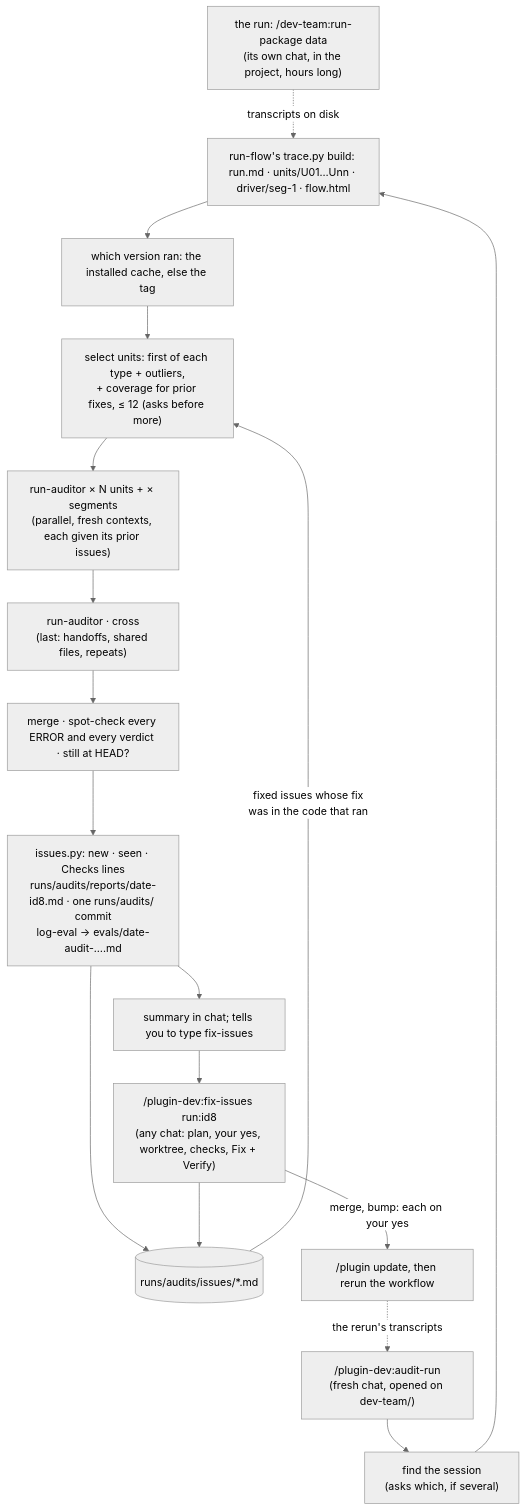
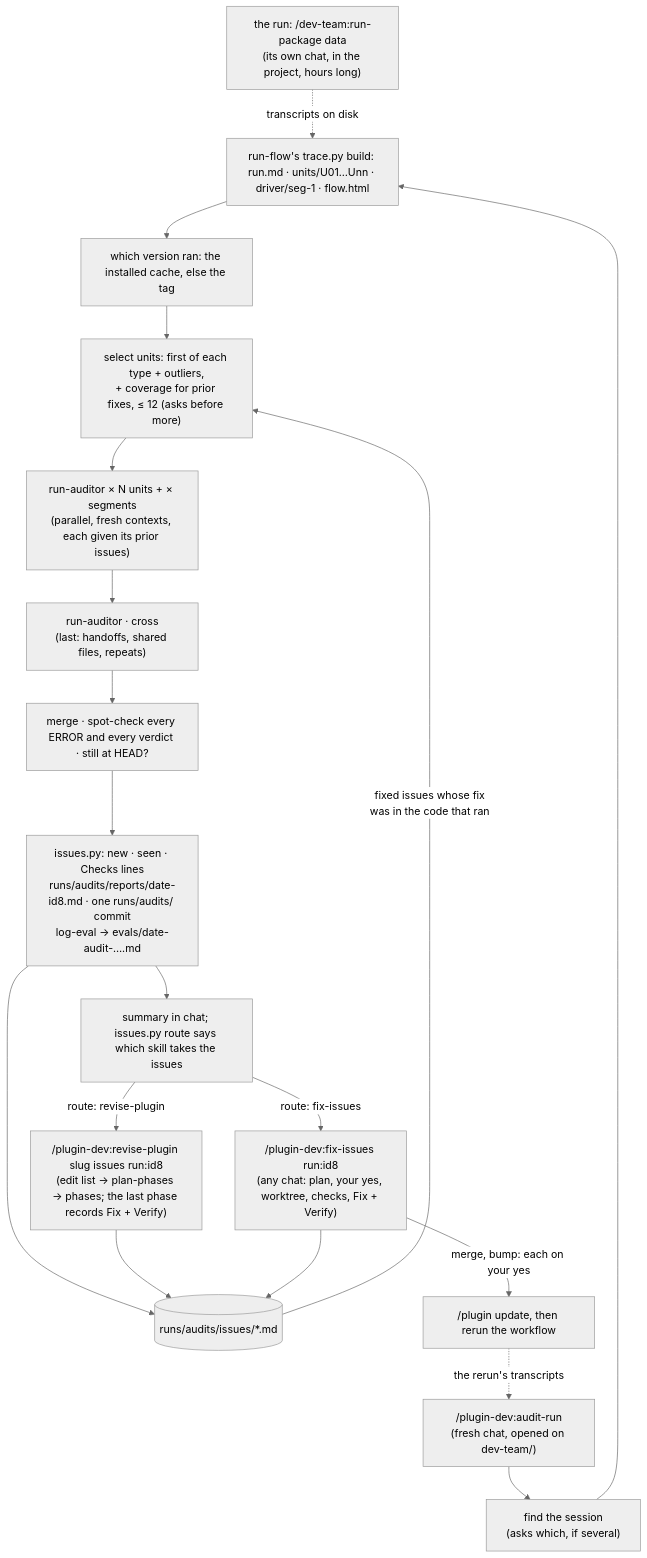
One commit to cott435/cott-plugins changed the diagram in plugin-dev/site/workflows/audit-a-run.md. Above: the diagram before and after it, drawn with Mermaid (neutral theme). The commit also changed other lines of this file and 33 other files, not shown here.

First line of the commit message:
plugin-dev: two routes to plan-phases — design-plugin by workflow, revise-plugin (was review-plugin) by agent and skill; issues.py route sends a large selection from fix-issues to revise-plugin

````diff
--- a/plugin-dev/site/workflows/audit-a-run.md
+++ b/plugin-dev/site/workflows/audit-a-run.md
@@ -17,19 +17,21 @@
 ```mermaid
 flowchart TD
   R["the run: /dev-team:run-package data<br/>(its own chat, in the project, hours long)"] -.->|transcripts on disk| T
   A["/plugin-dev:audit-run<br/>(fresh chat, opened on dev-team/)"] --> F["find the session<br/>(asks which, if several)"]
   F --> T["run-flow's trace.py build: run.md · units/U01…Unn · driver/seg-1 · flow.html"]
   T --> V["which version ran: the installed cache, else the tag"]
   V --> S["select units: first of each type + outliers,<br/>+ coverage for prior fixes, ≤ 12 (asks before more)"]
   ISS[("runs/audits/issues/*.md")] -->|"fixed issues whose fix<br/>was in the code that ran"| S
   S --> P["run-auditor × N units + × segments<br/>(parallel, fresh contexts, each given its prior issues)"]
   P --> X["run-auditor · cross<br/>(last: handoffs, shared files, repeats)"]
   X --> M["merge · spot-check every ERROR and every verdict · still at HEAD?"]
   M --> O["issues.py: new · seen · Checks lines<br/>runs/audits/reports/date-id8.md · one runs/audits/ commit<br/>log-eval → evals/date-audit-….md"]
   O --> ISS
-  O --> U["summary in chat; tells you to type fix-issues"]
-  U --> FI["/plugin-dev:fix-issues run:id8<br/>(any chat: plan, your yes, worktree, checks, Fix + Verify)"]
+  O --> U["summary in chat; issues.py route says which skill takes the issues"]
+  U -->|"route: fix-issues"| FI["/plugin-dev:fix-issues run:id8<br/>(any chat: plan, your yes, worktree, checks, Fix + Verify)"]
+  U -->|"route: revise-plugin"| RV["/plugin-dev:revise-plugin slug issues run:id8<br/>(edit list → plan-phases → phases; the last phase records Fix + Verify)"]
+  RV --> ISS
   FI --> ISS
   FI -->|"merge, bump: each on your yes"| UP["/plugin update, then rerun the workflow"]
   UP -.->|the rerun's transcripts| A
 ```
````
